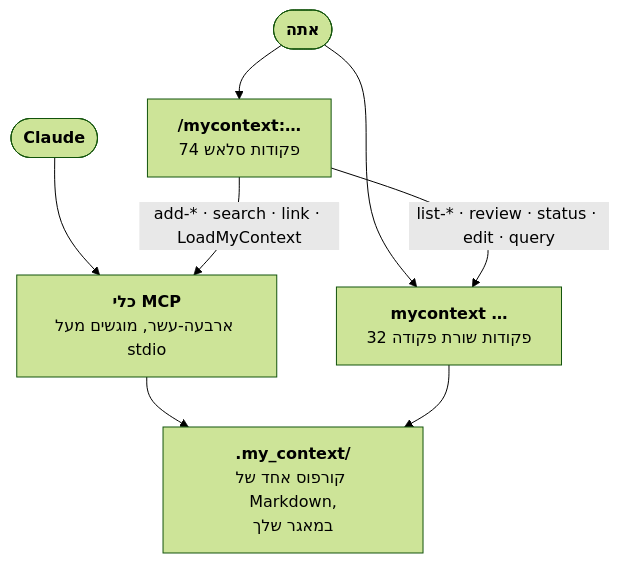
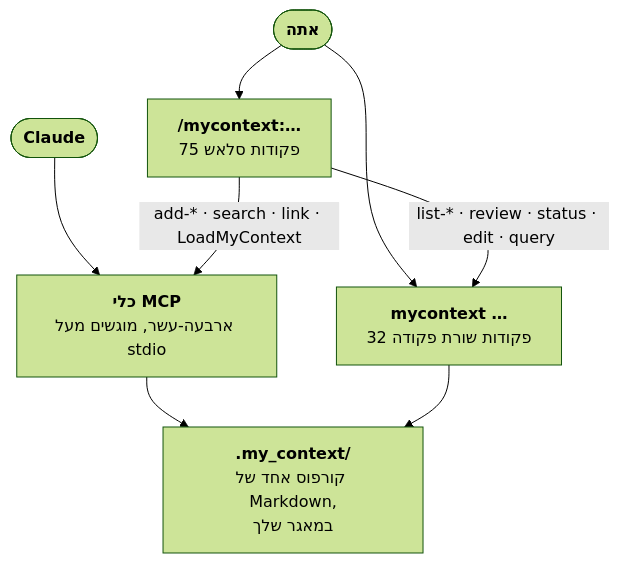
Before and after one commit to Dudi-Bar-On/my-context: the fourth of 5 diagrams in docs/README.he.md, drawn with Mermaid (forest theme). The commit also changed other lines of this file and 7 other files, not shown here.

````diff
--- a/docs/README.he.md
+++ b/docs/README.he.md
@@ -1871,10 +1871,10 @@
 ```mermaid
 flowchart TB
-  U(["<b>אתה</b>"]) --> SL["<b>/mycontext:…</b><br/>74 פקודות סלאש"]
+  U(["<b>אתה</b>"]) --> SL["<b>/mycontext:…</b><br/>75 פקודות סלאש"]
   U --> CL["<b>mycontext …</b><br/>32 פקודות שורת פקודה"]
   A(["<b>Claude</b>"]) --> TL["<b>כלי MCP</b><br/>ארבעה-עשר, מוגשים מעל stdio"]
   SL -->|"add-* · search · link · LoadMyContext"| TL
   SL -->|"list-* · review · status · edit · query"| CL
   TL --> CO["<b>.my_context/</b><br/>קורפוס אחד של Markdown,<br/>במאגר שלך"]
   CL --> CO
 ```
````
